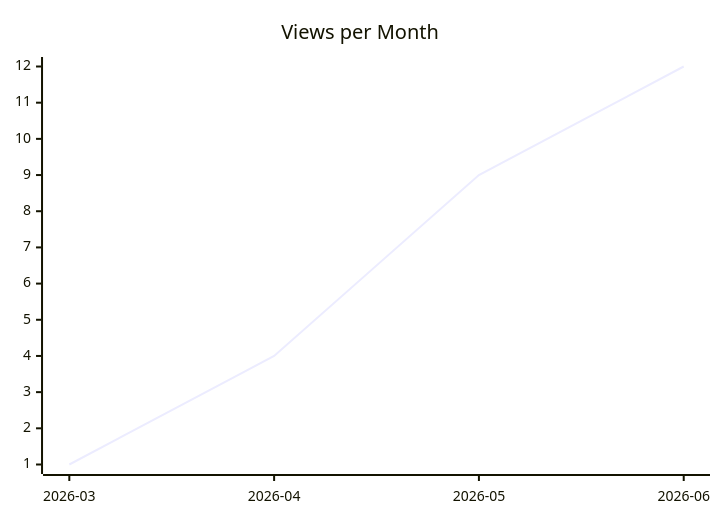
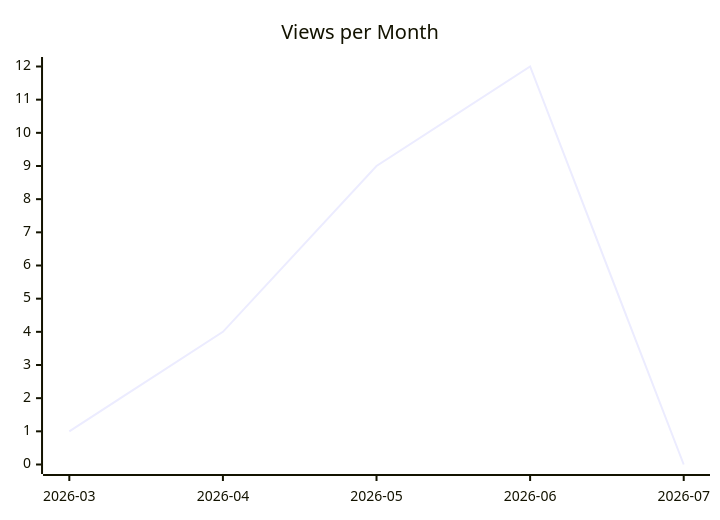
One commit to justdavis-family/github-analytics-data changed the second of 3 diagrams in justdavis-family/justdavis/README.md. Above: the diagram before and after it, drawn with Mermaid. The commit also changed other lines of this file and 199 other files, not shown here.

````diff
--- a/justdavis-family/justdavis/README.md
+++ b/justdavis-family/justdavis/README.md
@@ -12,6 +12,6 @@
 ```mermaid
 xychart-beta
   title "Views per Month"
-  x-axis ["2026-03", "2026-04", "2026-05", "2026-06"]
-  line [1, 4, 9, 12]
+  x-axis ["2026-03", "2026-04", "2026-05", "2026-06", "2026-07"]
+  line [1, 4, 9, 12, 0]
 ```
````
